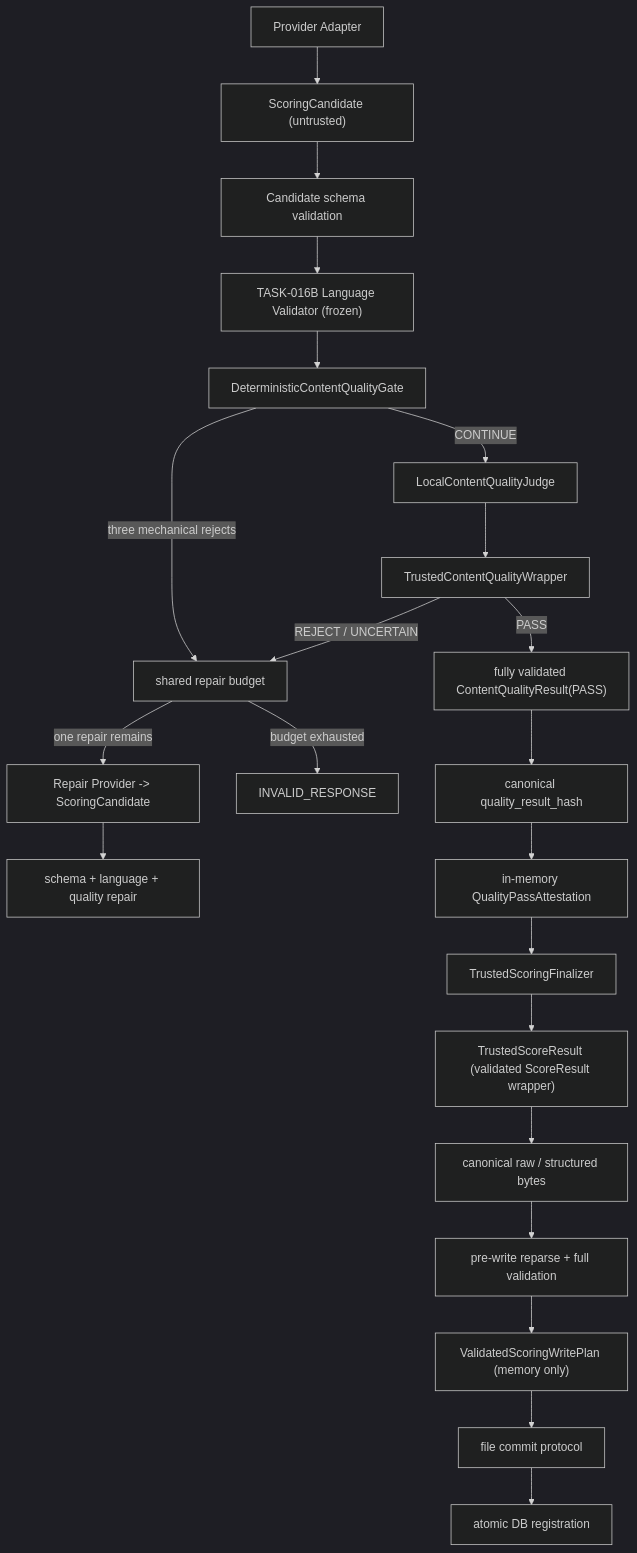
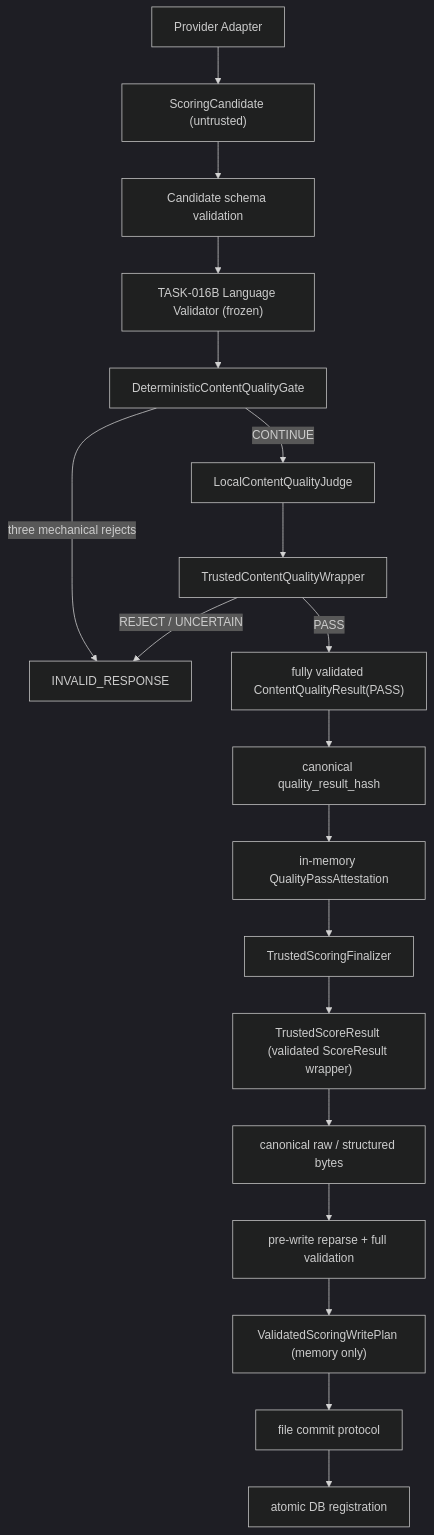
The diagram in docs/TASK-016C-CONTENT-QUALITY-INTERFACE-DESIGN.md (huangbuqubunao-alt/intelligence), drawn with Mermaid (dark theme) before and after one commit. The commit also changed other lines of this file and 7 other files, not shown here.

````diff
--- a/docs/TASK-016C-CONTENT-QUALITY-INTERFACE-DESIGN.md
+++ b/docs/TASK-016C-CONTENT-QUALITY-INTERFACE-DESIGN.md
@@ -29,24 +30,21 @@
 ```mermaid
 flowchart TD
     A["Provider Adapter"] --> B["ScoringCandidate (untrusted)"]
     B --> C["Candidate schema validation"]
     C --> D["TASK-016B Language Validator (frozen)"]
     D --> E["DeterministicContentQualityGate"]
-    E -->|"three mechanical rejects"| R["shared repair budget"]
+    E -->|"three mechanical rejects"| X["INVALID_RESPONSE"]
     E -->|"CONTINUE"| J["LocalContentQualityJudge"]
     J --> W["TrustedContentQualityWrapper"]
-    W -->|"REJECT / UNCERTAIN"| R
+    W -->|"REJECT / UNCERTAIN"| X
     W -->|"PASS"| V["fully validated ContentQualityResult(PASS)"]
     V --> H["canonical quality_result_hash"]
     H --> T["in-memory QualityPassAttestation"]
-    R -->|"one repair remains"| B2["Repair Provider -> ScoringCandidate"]
-    B2 --> C2["schema + language + quality repair"]
-    R -->|"budget exhausted"| X["INVALID_RESPONSE"]
     T --> F["TrustedScoringFinalizer"]
     F --> S["TrustedScoreResult (validated ScoreResult wrapper)"]
     S --> Z["canonical raw / structured bytes"]
     Z --> Y["pre-write reparse + full validation"]
     Y --> L["ValidatedScoringWritePlan (memory only)"]
     L --> P["file commit protocol"]
     P --> Q["atomic DB registration"]
 ```
````
